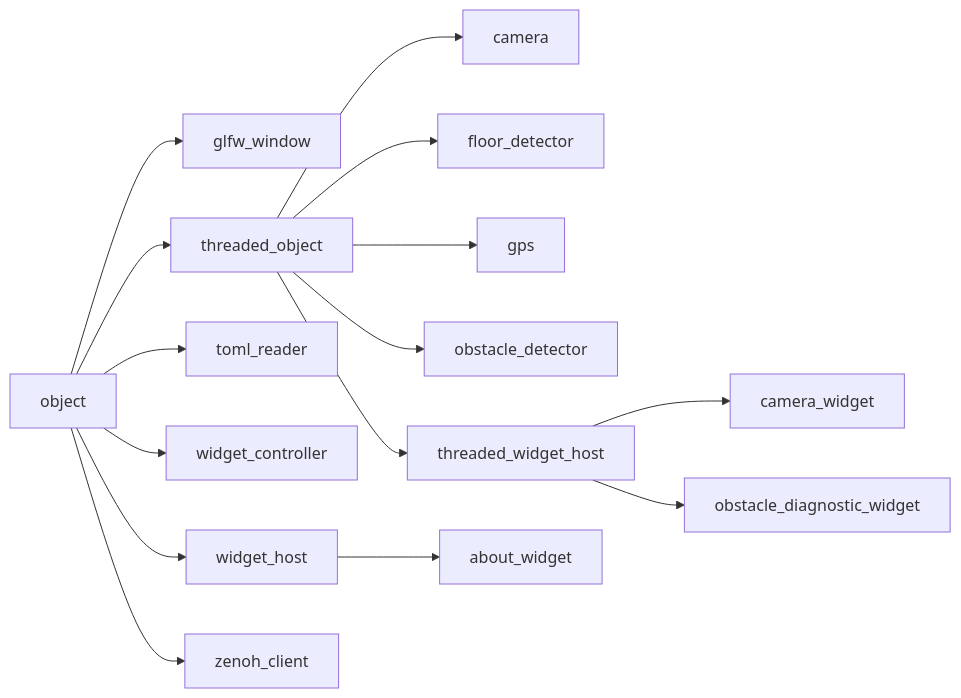
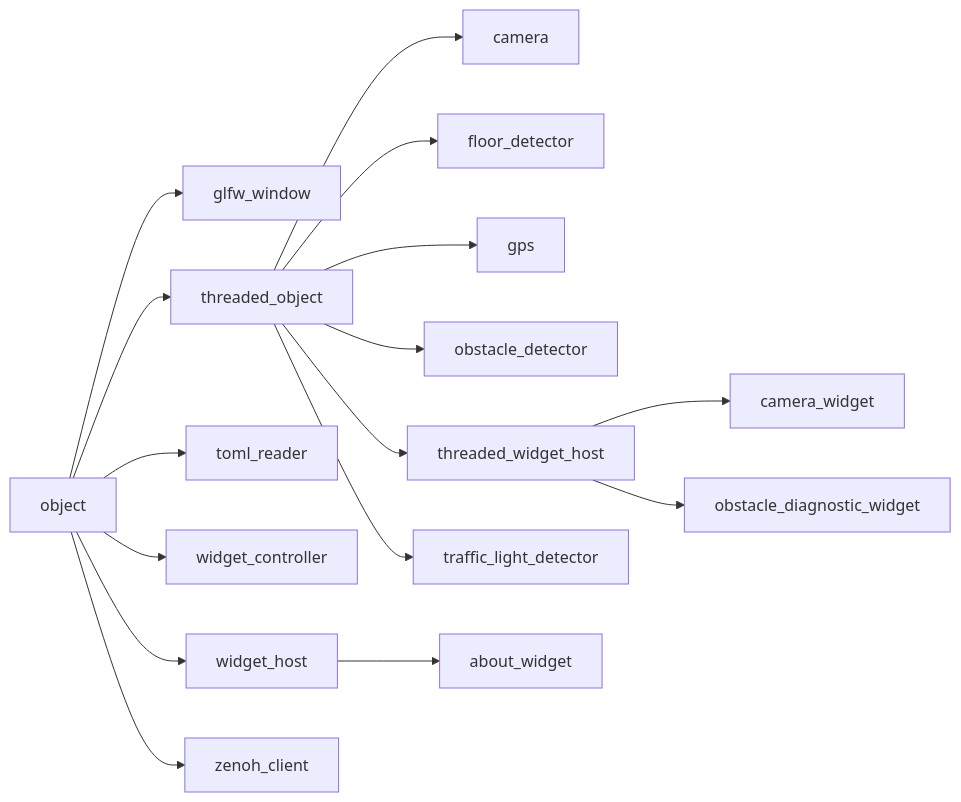
One commit to kasper-szczerba/acs_wiki changed the second of 2 diagrams in docs/codebase/namespaces/core/implementations/object.md. Above: the diagram before and after it, drawn with Mermaid. The commit also changed other lines of this file and 13 other files, not shown here.

Commit message:
Add traffic light detector implementation and interface, enhance vision namespace documentation

````diff
--- a/docs/codebase/namespaces/core/implementations/object.md
+++ b/docs/codebase/namespaces/core/implementations/object.md
@@ -23,18 +23,19 @@
 ```mermaid
 graph LR
     object["object"]
     object["object"] --> glfw_window["glfw_window"]
     object["object"] --> threaded_object["threaded_object"]
     object["object"] --> toml_reader["toml_reader"]
     object["object"] --> widget_controller["widget_controller"]
     object["object"] --> widget_host["widget_host"]
     object["object"] --> zenoh_client["zenoh_client"]
     threaded_object["threaded_object"] --> camera["camera"]
     threaded_object["threaded_object"] --> floor_detector["floor_detector"]
     threaded_object["threaded_object"] --> gps["gps"]
     threaded_object["threaded_object"] --> obstacle_detector["obstacle_detector"]
     threaded_object["threaded_object"] --> threaded_widget_host["threaded_widget_host"]
+    threaded_object["threaded_object"] --> traffic_light_detector["traffic_light_detector"]
     threaded_widget_host["threaded_widget_host"] --> camera_widget["camera_widget"]
     threaded_widget_host["threaded_widget_host"] --> obstacle_diagnostic_widget["obstacle_diagnostic_widget"]
     widget_host["widget_host"] --> about_widget["about_widget"]
 ```
````
